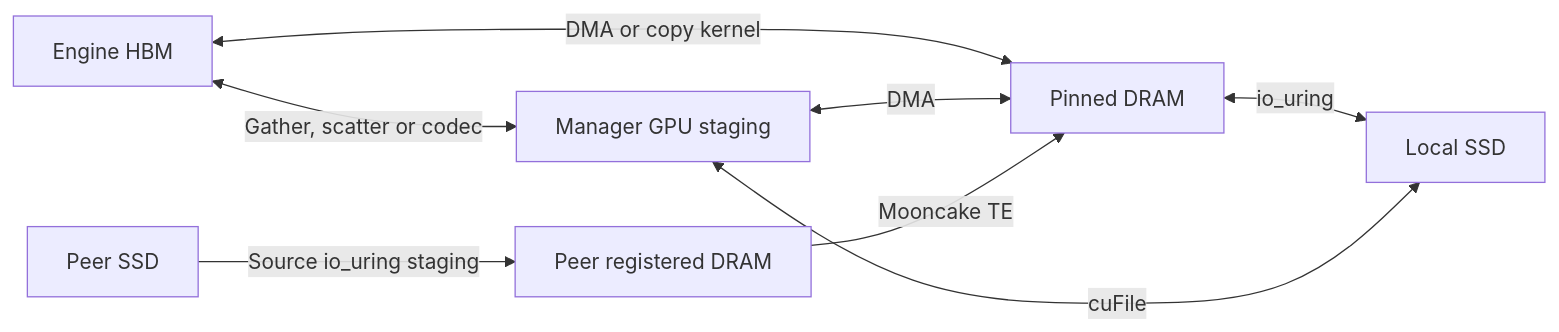
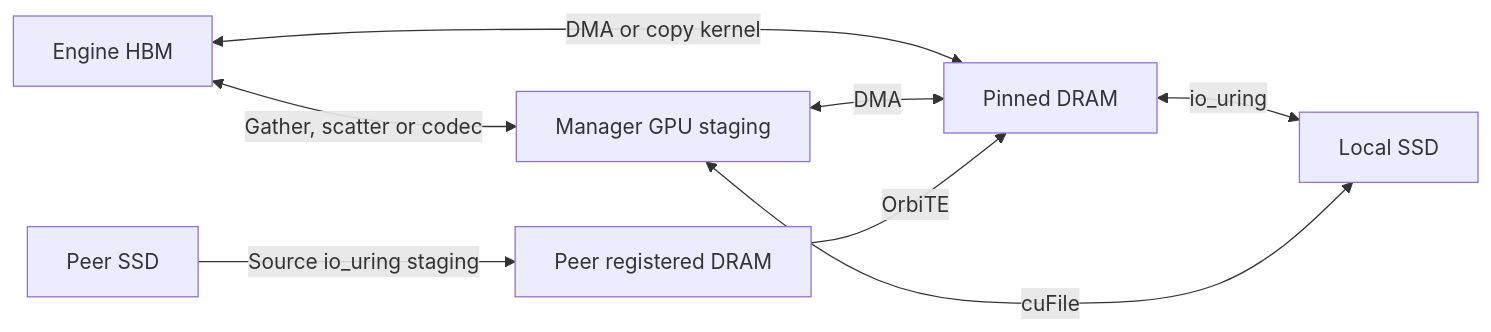
The second of 3 diagrams in docs/state-planning.md (OrbitInfra/OrbitKV), drawn with Mermaid before and after one commit. The commit also changed other lines of this file and 224 other files, not shown here.

````diff
--- a/docs/state-planning.md
+++ b/docs/state-planning.md
@@ -585,10 +585,10 @@
 ```mermaid
 flowchart LR
     H[Engine HBM] <-->|DMA or copy kernel| D[Pinned DRAM]
     H <-->|Gather, scatter or codec| G[Manager GPU staging]
     G <-->|DMA| D
     D <-->|io_uring| S[Local SSD]
     G <-->|cuFile| S
-    P[Peer registered DRAM] -->|Mooncake TE| D
+    P[Peer registered DRAM] -->|OrbiTE| D
     PS[Peer SSD] -->|Source io_uring staging| P
 ```
````
